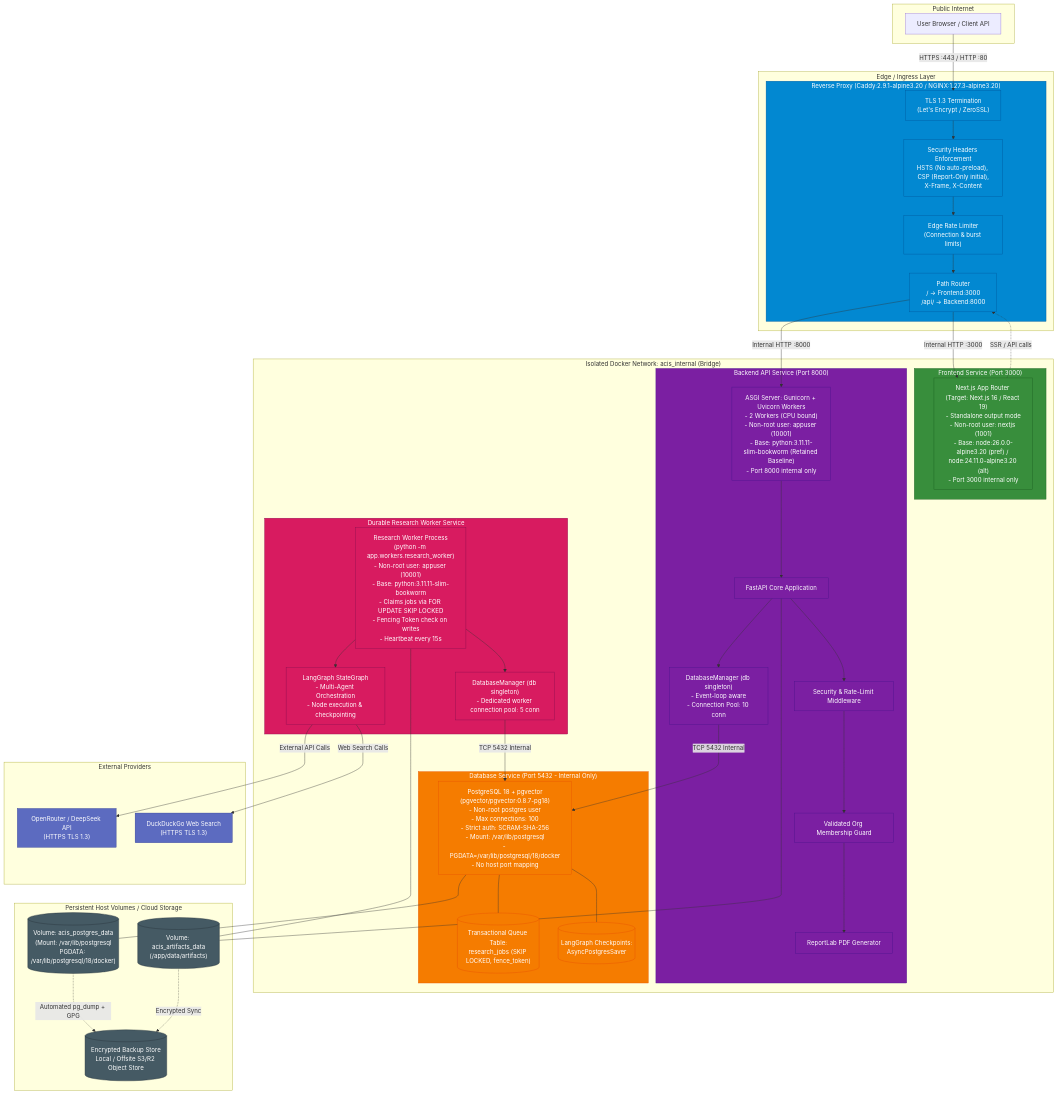
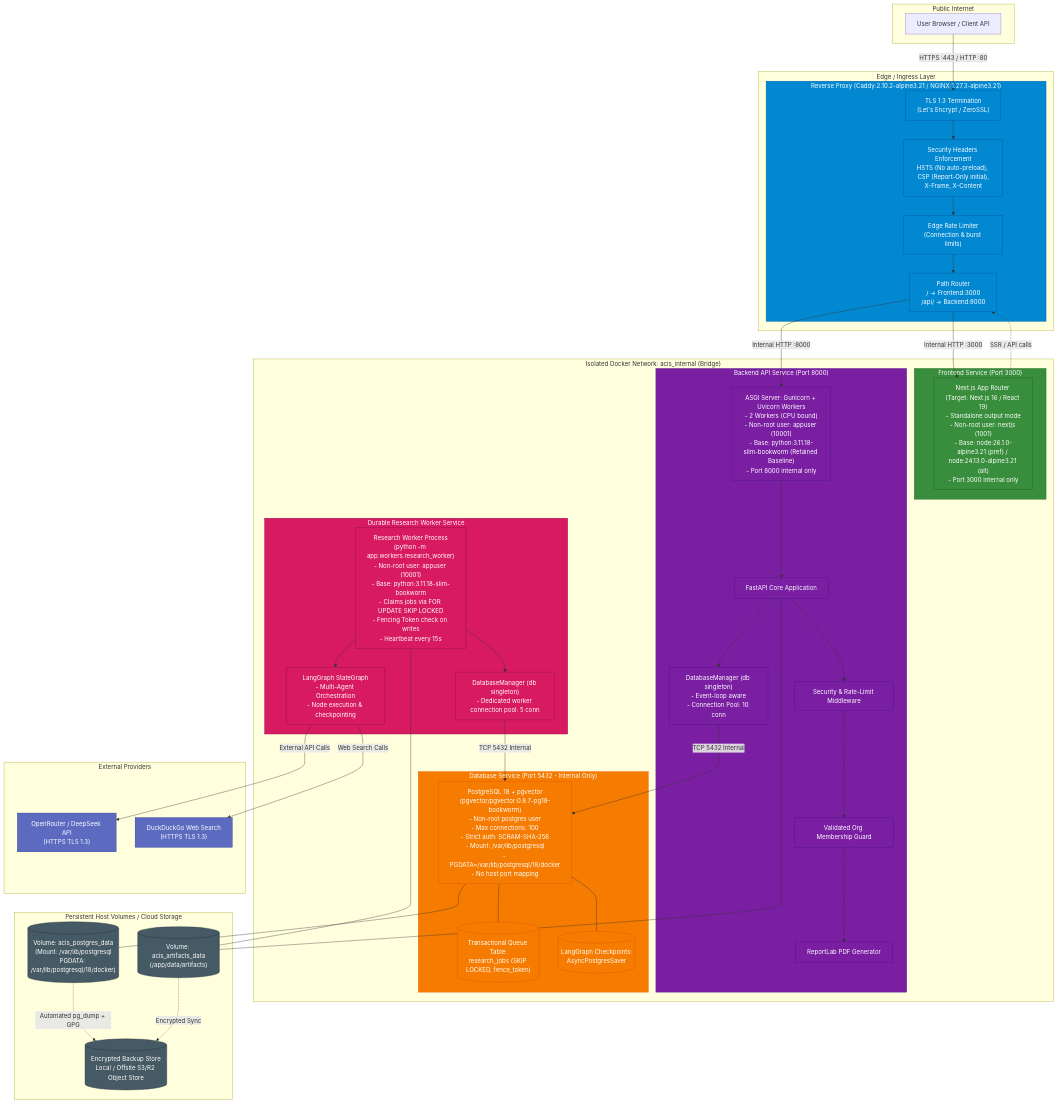
Before and after one commit to Nareshprasana/ai-competitive-intelligence: the first of 2 diagrams in docs/phase-4-production-readiness/proposed-production-architecture.md, drawn with Mermaid. The commit also changed other lines of this file and 4 other files, not shown here.

```diff
--- a/docs/phase-4-production-readiness/proposed-production-architecture.md
+++ b/docs/phase-4-production-readiness/proposed-production-architecture.md
@@ -29,7 +29,7 @@
     end
 
     subgraph EdgeIngress ["Edge / Ingress Layer"]
-        subgraph ReverseProxy ["Reverse Proxy (Caddy:2.9.1-alpine3.20 / NGINX:1.27.3-alpine3.20)"]
+        subgraph ReverseProxy ["Reverse Proxy (Caddy:2.10.2-alpine3.21 / NGINX:1.27.3-alpine3.21)"]
             TLS["TLS 1.3 Termination\n(Let's Encrypt / ZeroSSL)"]
             SecHeaders["Security Headers Enforcement\nHSTS (No auto-preload), CSP (Report-Only initial),\nX-Frame, X-Content"]
             EdgeRateLimit["Edge Rate Limiter\n(Connection & burst limits)"]
@@ -39,11 +39,11 @@
 
     subgraph AppNetwork ["Isolated Docker Network: acis_internal (Bridge)"]
         subgraph FrontendService ["Frontend Service (Port 3000)"]
-            NextProd["Next.js App Router (Target: Next.js 16 / React 19)\n- Standalone output mode\n- Non-root user: nextjs (1001)\n- Base: node:26.0.0-alpine3.20 (pref) / node:24.11.0-alpine3.20 (alt)\n- Port 3000 internal only"]
+            NextProd["Next.js App Router (Target: Next.js 16 / React 19)\n- Standalone output mode\n- Non-root user: nextjs (1001)\n- Base: node:26.1.0-alpine3.21 (pref) / node:24.13.0-alpine3.21 (alt)\n- Port 3000 internal only"]
         end
 
         subgraph BackendAPIService ["Backend API Service (Port 8000)"]
-            GunicornUvicorn["ASGI Server: Gunicorn + Uvicorn Workers\n- 2 Workers (CPU bound)\n- Non-root user: appuser (10001)\n- Base: python:3.11.11-slim-bookworm (Retained Baseline)\n- Port 8000 internal only"]
+            GunicornUvicorn["ASGI Server: Gunicorn + Uvicorn Workers\n- 2 Workers (CPU bound)\n- Non-root user: appuser (10001)\n- Base: python:3.11.18-slim-bookworm (Retained Baseline)\n- Port 8000 internal only"]
             
             FastAPIApp["FastAPI Core Application"]
             SecMw["Security & Rate-Limit Middleware"]
@@ -57,7 +57,7 @@
         end
 
         subgraph WorkerService ["Durable Research Worker Service"]
-            WorkerProcess["Research Worker Process\n(python -m app.workers.research_worker)\n- Non-root user: appuser (10001)\n- Base: python:3.11.11-slim-bookworm\n- Claims jobs via FOR UPDATE SKIP LOCKED\n- Fencing Token check on writes\n- Heartbeat every 15s"]
+            WorkerProcess["Research Worker Process\n(python -m app.workers.research_worker)\n- Non-root user: appuser (10001)\n- Base: python:3.11.18-slim-bookworm\n- Claims jobs via FOR UPDATE SKIP LOCKED\n- Fencing Token check on writes\n- Heartbeat every 15s"]
             LangGraphEngine["LangGraph StateGraph\n- Multi-Agent Orchestration\n- Node execution & checkpointing"]
             DBManagerWorker["DatabaseManager (db singleton)\n- Dedicated worker connection pool: 5 conn"]
             
@@ -66,7 +66,7 @@
         end
 
         subgraph DBService ["Database Service (Port 5432 - Internal Only)"]
-            PostgresCore["PostgreSQL 18 + pgvector\n(pgvector/pgvector:0.8.7-pg18)\n- Non-root postgres user\n- Max connections: 100\n- Strict auth: SCRAM-SHA-256\n- Mount: /var/lib/postgresql\n- PGDATA=/var/lib/postgresql/18/docker\n- No host port mapping"]
+            PostgresCore["PostgreSQL 18 + pgvector\n(pgvector/pgvector:0.8.7-pg18-bookworm)\n- Non-root postgres user\n- Max connections: 100\n- Strict auth: SCRAM-SHA-256\n- Mount: /var/lib/postgresql\n- PGDATA=/var/lib/postgresql/18/docker\n- No host port mapping"]
             JobQueueTable[("Transactional Queue Table:\nresearch_jobs (SKIP LOCKED, fence_token)")]
             CheckpointTable[("LangGraph Checkpoints:\nAsyncPostgresSaver")]
             
```
